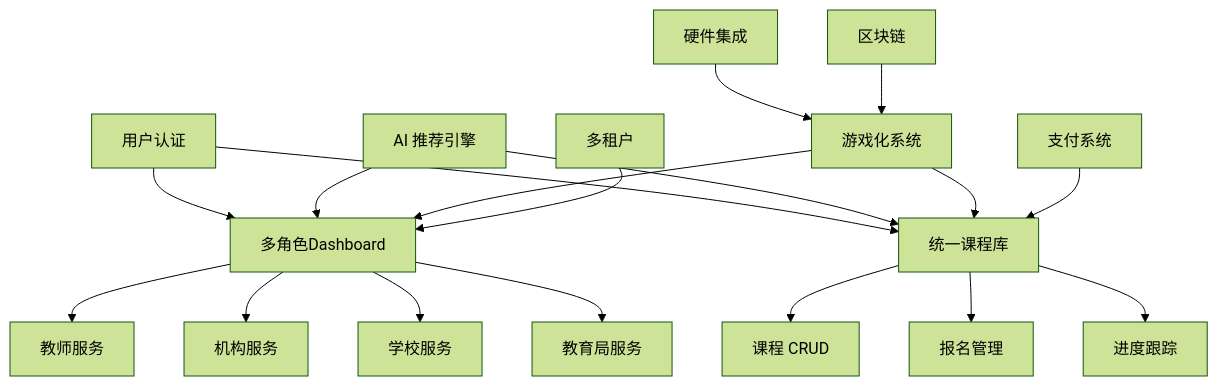
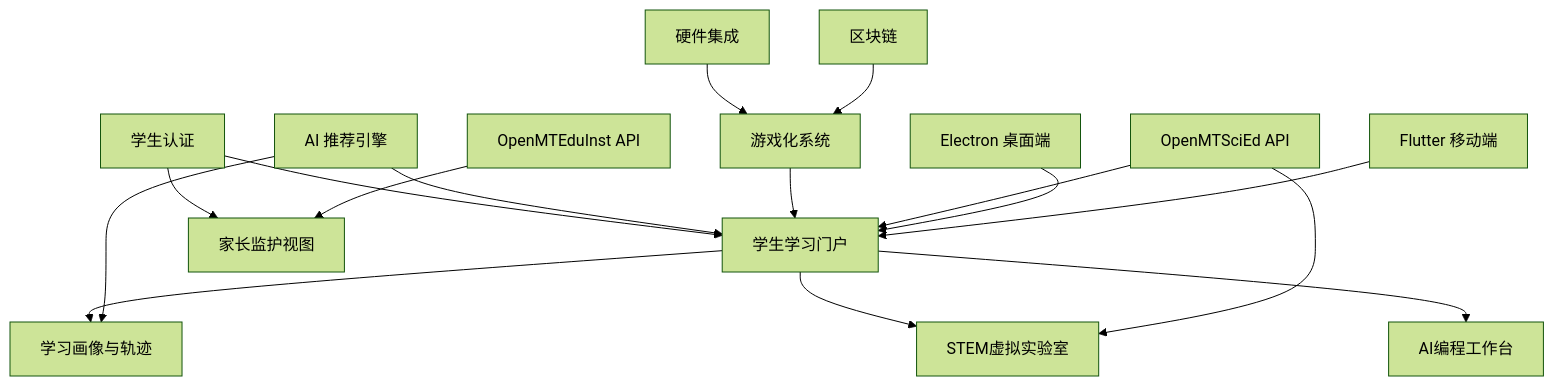
Before and after one commit to MatuX-ai/Matux: the diagram in docs/PROJECT_ROADMAP.md, drawn with Mermaid (forest theme). The commit also changed other lines of this file and 138 other files, not shown here.

Commit message:
chore: 推送代码更新 - 重构权限中间件，移除旧版许可证/门户模块，新增知识图谱服务

````diff
--- a/docs/PROJECT_ROADMAP.md
+++ b/docs/PROJECT_ROADMAP.md
@@ -348,26 +352,24 @@
 ```mermaid
 graph TD
-    A[用户认证] --> B[多角色Dashboard]
-    A --> C[统一课程库]
+    A[学生认证] --> B[学生学习门户]
+    A --> C[家长监护视图]
     
-    B --> D[教师服务]
-    B --> E[机构服务]
-    B --> F[学校服务]
-    B --> G[教育局服务]
+    B --> D[AI编程工作台]
+    B --> E[STEM虚拟实验室]
+    B --> F[学习画像与轨迹]
     
-    C --> H[课程 CRUD]
-    C --> I[报名管理]
-    C --> J[进度跟踪]
+    G[AI 推荐引擎] --> B
+    G --> F
     
-    K[AI 推荐引擎] --> B
-    K --> C
+    H[游戏化系统] --> B
+    I[硬件集成] --> H
+    J[区块链] --> H
     
-    L[游戏化系统] --> B
-    L --> C
+    K[OpenMTSciEd API] --> B
+    K --> E
     
-    M[硬件集成] --> L
-    N[区块链] --> L
+    L[OpenMTEduInst API] --> C
     
-    O[支付系统] --> C
-    P[多租户] --> B
+    M[Electron 桌面端] --> B
+    N[Flutter 移动端] --> B
 ```
````
